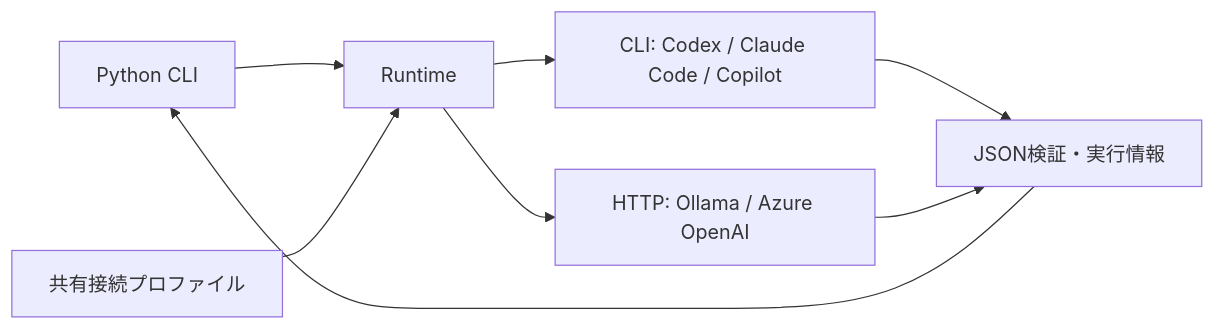
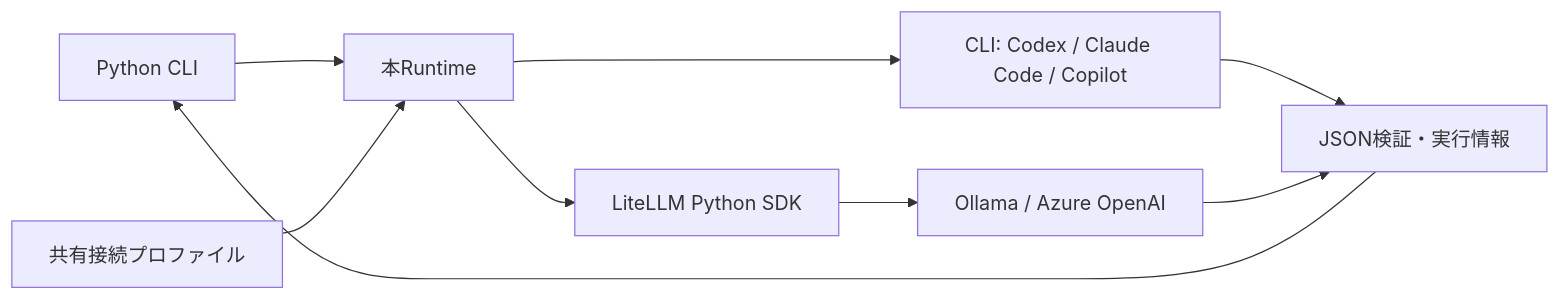
The diagram in README.md (tuckn/tkn_genai_bridge), drawn with Mermaid before and after one commit. The commit also changed other lines of this file and 11 other files, not shown here.

````diff
--- a/README.md
+++ b/README.md
@@ -26,10 +26,11 @@
 ```mermaid
 flowchart LR
-    A["Python CLI"] --> B["Runtime"]
+    A["Python CLI"] --> B["本Runtime"]
     C["共有接続プロファイル"] --> B
     B --> D["CLI: Codex / Claude Code / Copilot"]
-    B --> E["HTTP: Ollama / Azure OpenAI"]
+    B --> E["LiteLLM Python SDK"]
+    E --> G["Ollama / Azure OpenAI"]
     D --> F["JSON検証・実行情報"]
-    E --> F
+    G --> F
     F --> A
 ```
````
